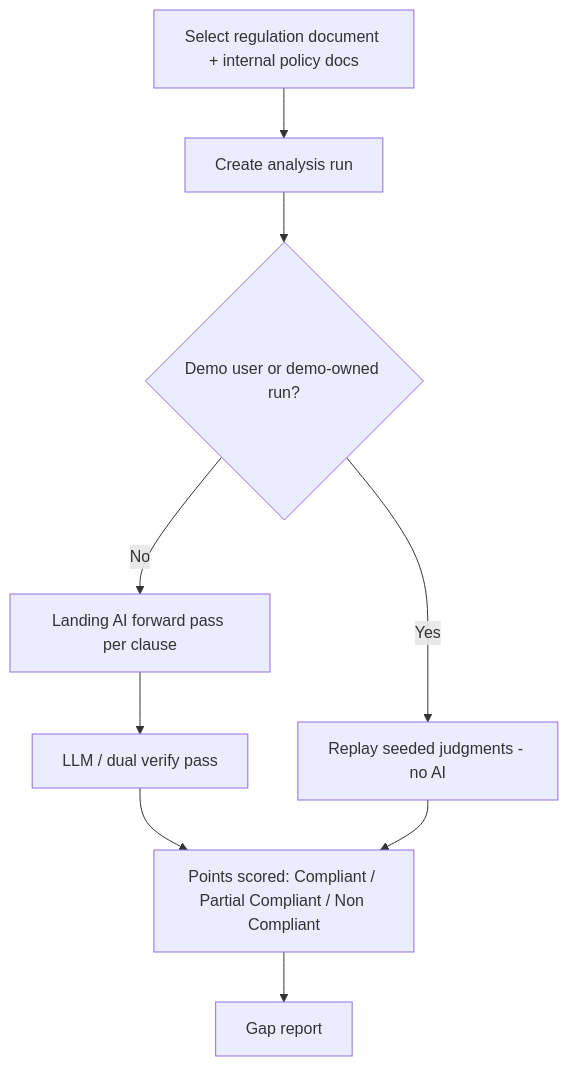
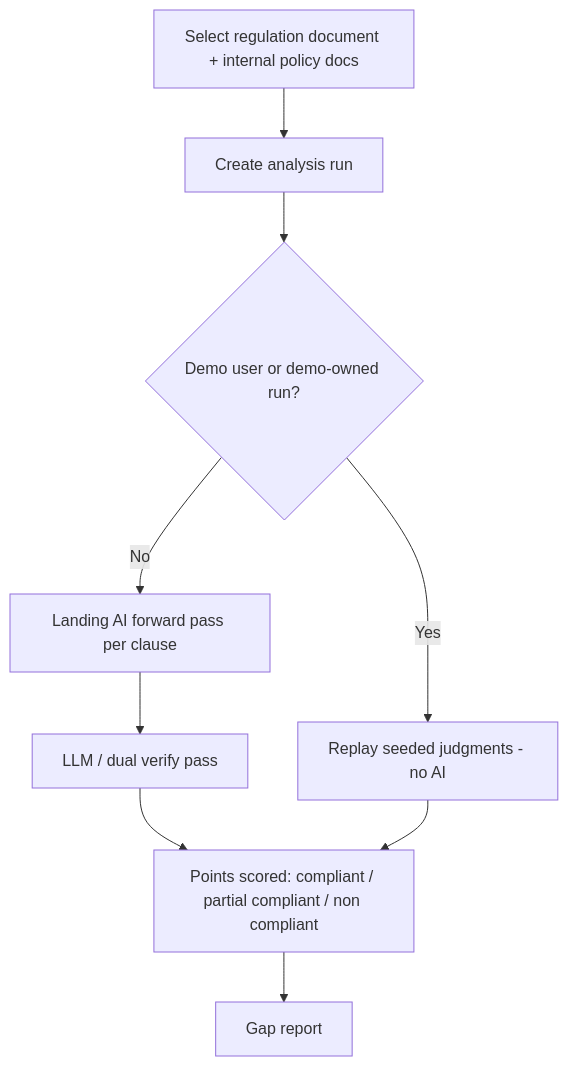
Before and after one commit to octasolgm/bcp: the third of 8 diagrams in docs/workflow/SYSTEM-WORKFLOW-DIAGRAMS.md, drawn with Mermaid. The commit also changed other lines of this file and 118 other files, not shown here.

````diff
--- a/docs/workflow/SYSTEM-WORKFLOW-DIAGRAMS.md
+++ b/docs/workflow/SYSTEM-WORKFLOW-DIAGRAMS.md
@@ -34,11 +44,11 @@
 ```mermaid
 flowchart TD
     A[Select regulation document + internal policy docs] --> B[Create analysis run]
     B --> C{Demo user or demo-owned run?}
     C -- No --> D[Landing AI forward pass per clause]
     D --> E[LLM / dual verify pass]
     C -- Yes --> F[Replay seeded judgments - no AI]
-    E --> G[Points scored: Compliant / Partial Compliant / Non Compliant]
+    E --> G[Points scored: compliant / partial compliant / non compliant]
     F --> G
     G --> H[Gap report]
 ```
````
